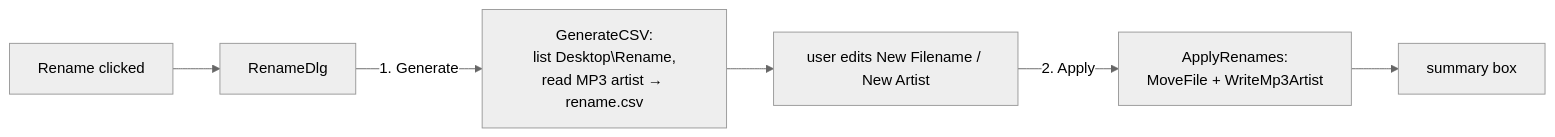
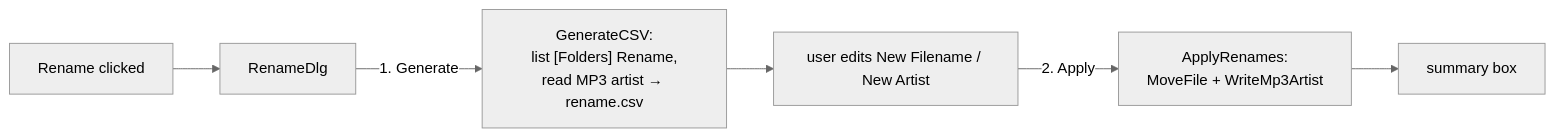
One commit to GMSthesecond/phx_cpp changed the eighth of 11 diagrams in docs/ARCHITECTURE.md. Above: the diagram before and after it, drawn with Mermaid (neutral theme). The commit also changed other lines of this file and 71 other files, not shown here.

````diff
--- a/docs/ARCHITECTURE.md
+++ b/docs/ARCHITECTURE.md
@@ -248,8 +400,8 @@
 ```mermaid
 flowchart LR
     A[Rename clicked] --> B[RenameDlg]
-    B -->|"1. Generate"| C["GenerateCSV:<br/>list Desktop\Rename,<br/>read MP3 artist → rename.csv"]
+    B -->|"1. Generate"| C["GenerateCSV:<br/>list [Folders] Rename,<br/>read MP3 artist → rename.csv"]
     C --> D[user edits New Filename / New Artist]
     D -->|"2. Apply"| E["ApplyRenames:<br/>MoveFile + WriteMp3Artist"]
     E --> F[summary box]
 ```
````
